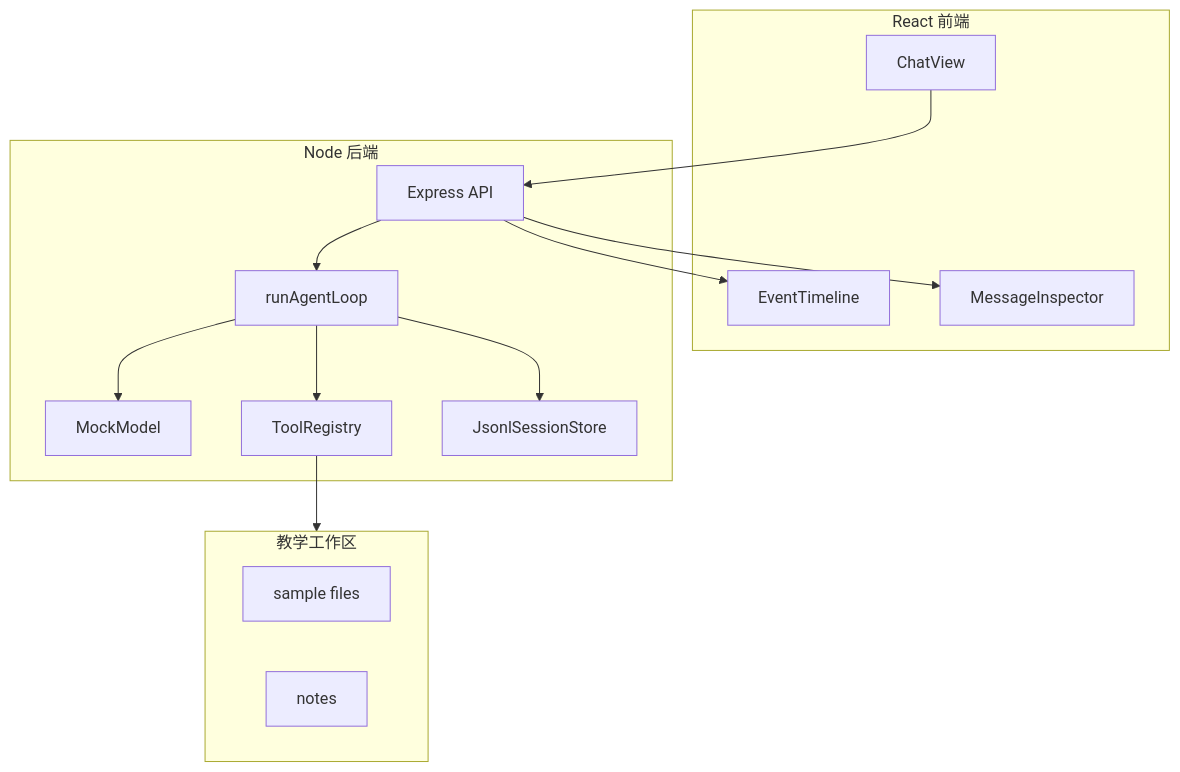
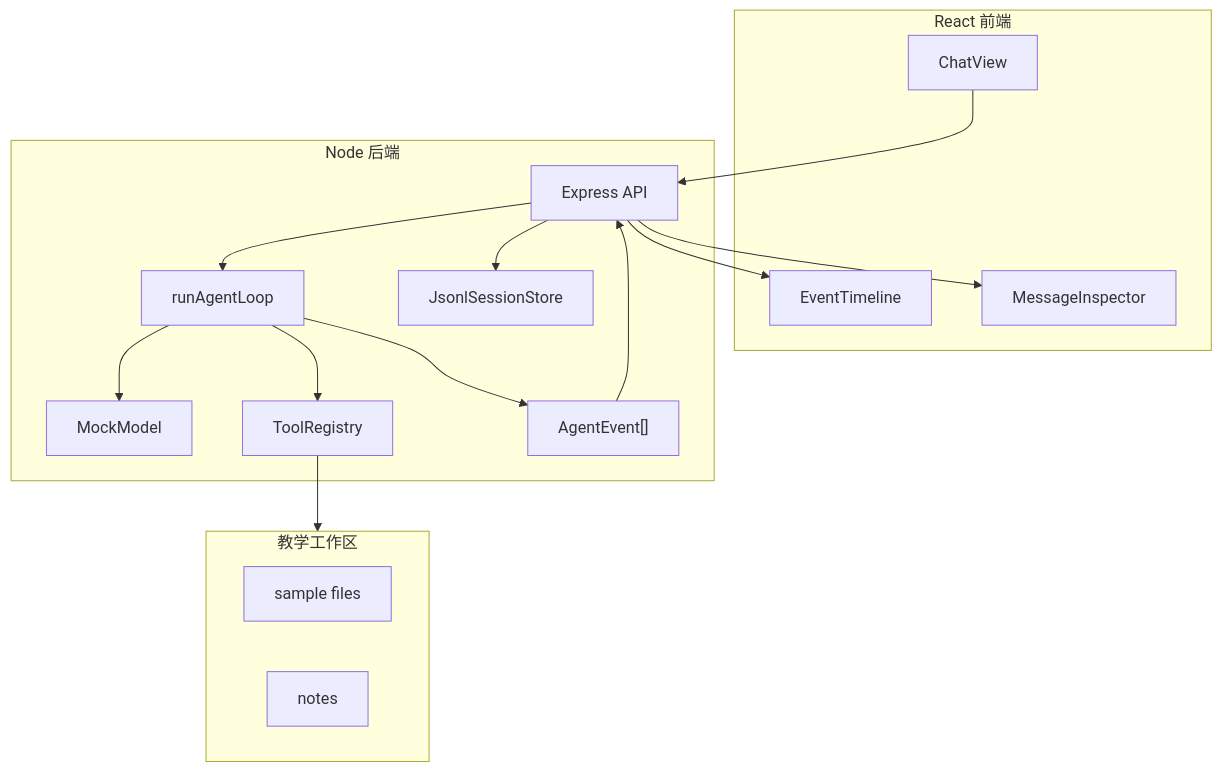
The first of 2 diagrams in docs/project/overview.md (cellinlab/how-pi-agent-works), drawn with Mermaid before and after one commit. The commit also changed other lines of this file and 5 other files, not shown here.

````diff
--- a/docs/project/overview.md
+++ b/docs/project/overview.md
@@ -23,30 +23,33 @@
 ```mermaid
 flowchart TB
   subgraph Browser["React 前端"]
     Chat["ChatView"]
     Timeline["EventTimeline"]
     Inspector["MessageInspector"]
   end
 
   subgraph Server["Node 后端"]
     API["Express API"]
     Loop["runAgentLoop"]
     Model["MockModel"]
     Tools["ToolRegistry"]
     Store["JsonlSessionStore"]
+    Events["AgentEvent[]"]
   end
 
   subgraph Workspace["教学工作区"]
     Files["sample files"]
     Notes["notes"]
   end
 
   Chat --> API
+  API --> Store
   API --> Loop
   Loop --> Model
   Loop --> Tools
   Tools --> Workspace
-  Loop --> Store
+  Loop --> Events
+  Events --> API
   API --> Timeline
   API --> Inspector
 ```
````
